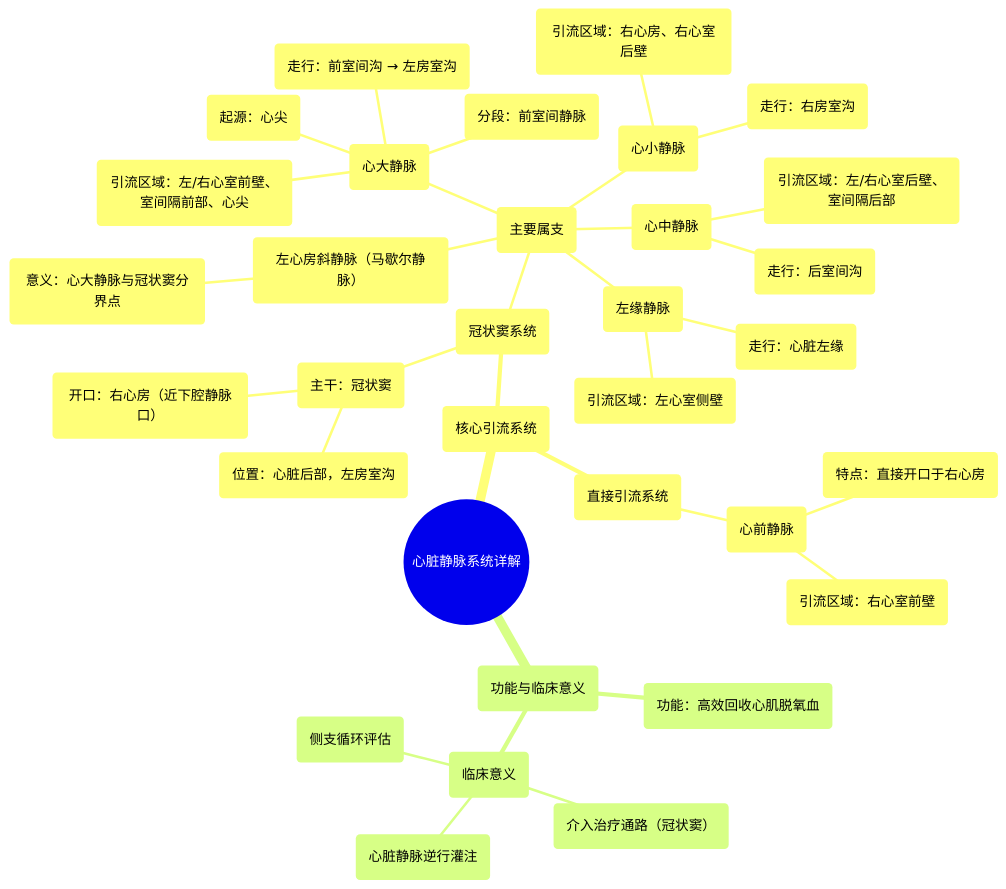
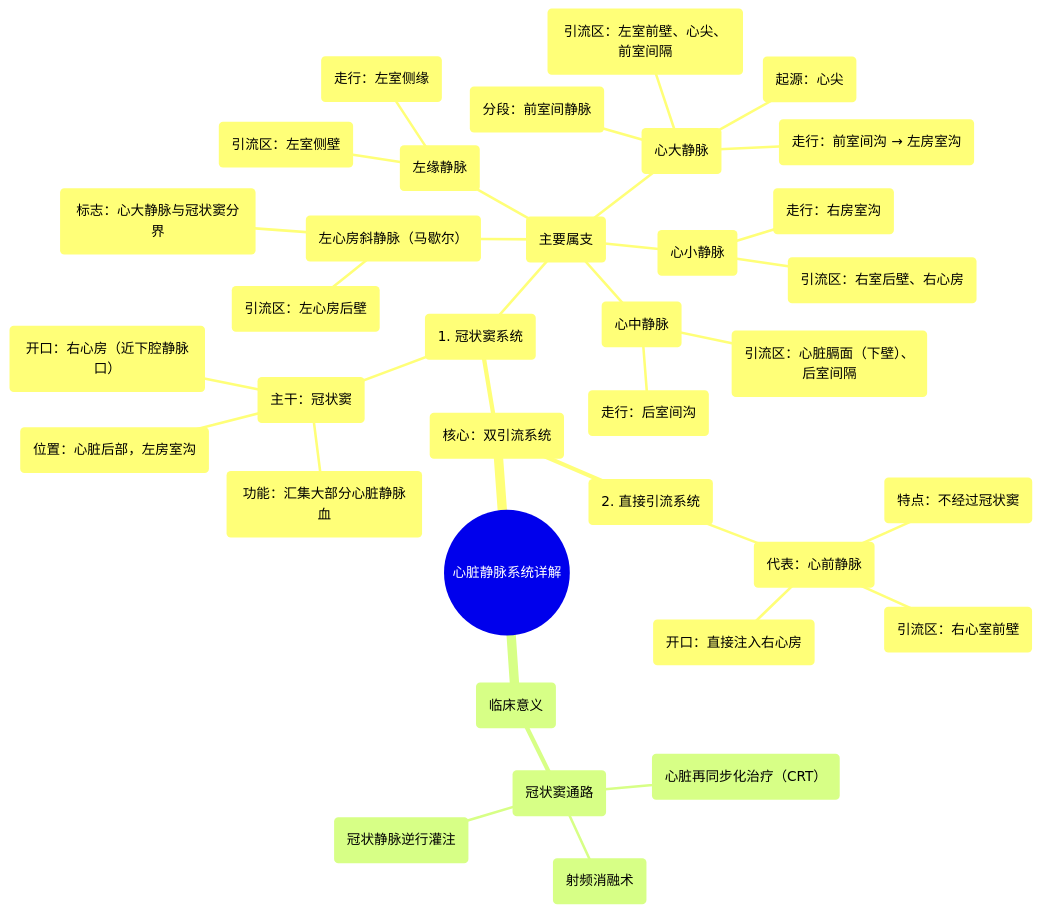
One commit to hello-47777/xinxueguan changed the diagram in docs/专辑 01：心脏解剖学实景课 (Heart Anatomy - Course)/18 360 video - Cardiac Veins - Explained in Mixed Reality.md. Above: the diagram before and after it, drawn with Mermaid. The commit also changed other lines of this file and 414 other files, not shown here.

````diff
--- a/docs/专辑 01：心脏解剖学实景课 (Heart Anatomy - Course)/18 360 video - Cardiac Veins - Explained in Mixed Reality.md
+++ b/docs/专辑 01：心脏解剖学实景课 (Heart Anatomy - Course)/18 360 video - Cardiac Veins - Explained in Mixed Reality.md
@@ -55,36 +54,38 @@
 ```mermaid
 mindmap
   root(("心脏静脉系统详解"))
-    ("核心引流系统")
-      ("冠状窦系统")
+    ("核心：双引流系统")
+      ("1. 冠状窦系统")
         ("主干：冠状窦")
           ("位置：心脏后部，左房室沟")
           ("开口：右心房（近下腔静脉口）")
+          ("功能：汇集大部分心脏静脉血")
         ("主要属支")
           ("心大静脉")
             ("起源：心尖")
             ("走行：前室间沟 → 左房室沟")
             ("分段：前室间静脉")
-            ("引流区域：左/右心室前壁、室间隔前部、心尖")
+            ("引流区：左室前壁、心尖、前室间隔")
           ("心中静脉")
             ("走行：后室间沟")
-            ("引流区域：左/右心室后壁、室间隔后部")
+            ("引流区：心脏膈面（下壁）、后室间隔")
           ("心小静脉")
             ("走行：右房室沟")
-            ("引流区域：右心房、右心室后壁")
+            ("引流区：右室后壁、右心房")
           ("左缘静脉")
-            ("走行：心脏左缘")
-            ("引流区域：左心室侧壁")
-          ("左心房斜静脉（马歇尔静脉）")
-            ("意义：心大静脉与冠状窦分界点")
-      ("直接引流系统")
-        ("心前静脉")
-          ("特点：直接开口于右心房")
-          ("引流区域：右心室前壁")
-    ("功能与临床意义")
-      ("功能：高效回收心肌脱氧血")
-      ("临床意义")
-        ("介入治疗通路（冠状窦）")
-        ("心脏静脉逆行灌注")
-        ("侧支循环评估")
+            ("走行：左室侧缘")
+            ("引流区：左室侧壁")
+          ("左心房斜静脉（马歇尔）")
+            ("标志：心大静脉与冠状窦分界")
+            ("引流区：左心房后壁")
+      ("2. 直接引流系统")
+        ("代表：心前静脉")
+          ("特点：不经过冠状窦")
+          ("引流区：右心室前壁")
+          ("开口：直接注入右心房")
+    ("临床意义")
+      ("冠状窦通路")
+        ("心脏再同步化治疗（CRT）")
+        ("射频消融术")
+        ("冠状静脉逆行灌注")
 ```
````
